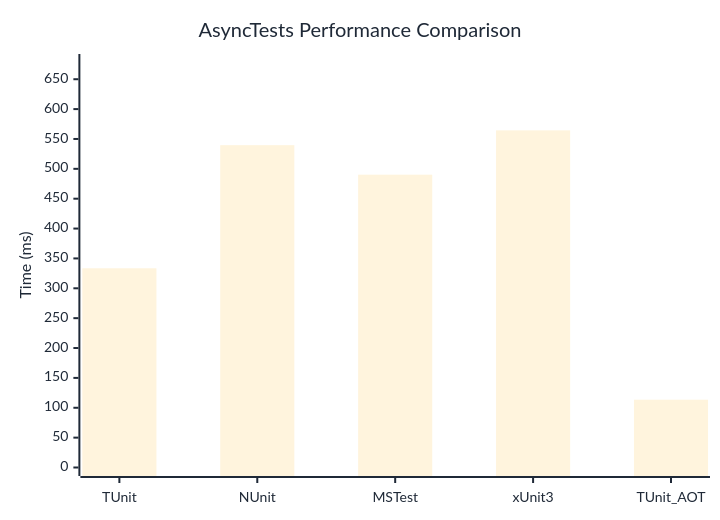
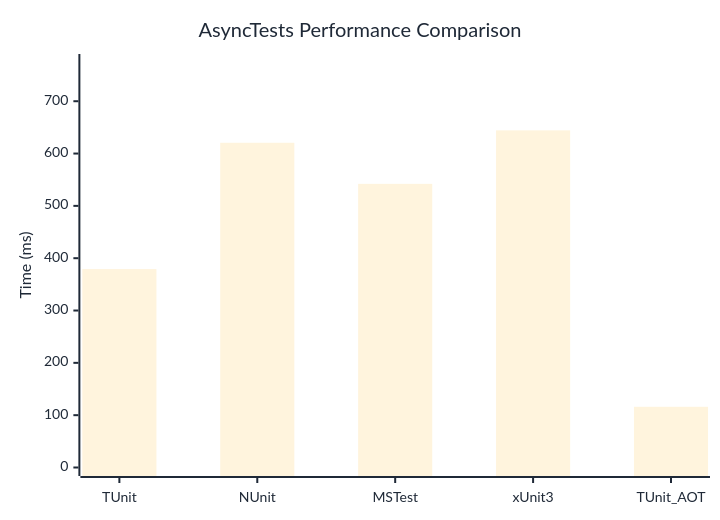
One commit to thomhurst/TUnit changed the diagram in docs/docs/benchmarks/engine/AsyncTests.md. Above: the diagram before and after it, drawn with Mermaid. The commit also changed other lines of this file and 17 other files, not shown here.

````diff
--- a/docs/docs/benchmarks/engine/AsyncTests.md
+++ b/docs/docs/benchmarks/engine/AsyncTests.md
@@ -29,37 +29,37 @@
 ```mermaid
 %%{init: {
   'theme':'base',
   'themeVariables': {
     'primaryColor': '#2563eb',
     'primaryTextColor': '#1f2937',
     'primaryBorderColor': '#1e40af',
     'lineColor': '#6b7280',
     'secondaryColor': '#7c3aed',
     'tertiaryColor': '#dc2626',
     'background': '#ffffff',
     'mainBkg': '#2563eb',
     'secondBkg': '#7c3aed',
     'tertiaryBkg': '#dc2626',
     'clusterBkg': '#f3f4f6',
     'edgeLabelBackground': '#ffffff',
     'tertiaryTextColor': '#1f2937',
     'pie1': '#2563eb',
     'pie2': '#7c3aed',
     'pie3': '#dc2626',
     'pie4': '#f59e0b',
     'pie5': '#10b981',
     'pie6': '#06b6d4',
     'pie7': '#ec4899',
     'pie8': '#6366f1',
     'pie9': '#84cc16',
     'pie10': '#f97316',
     'pie11': '#14b8a6',
     'pie12': '#a855f7'
   }
 }}%%
 xychart-beta
   title "AsyncTests Performance Comparison"
   x-axis ["TUnit", "NUnit", "MSTest", "xUnit3", "TUnit_AOT"]
-  y-axis "Time (ms)" 0 --> 678
-  bar [333.5, 539.6, 490.2, 564.4, 113.5]
+  y-axis "Time (ms)" 0 --> 774
+  bar [379.2, 620.6, 542.1, 644.3, 116]
 ```
````
